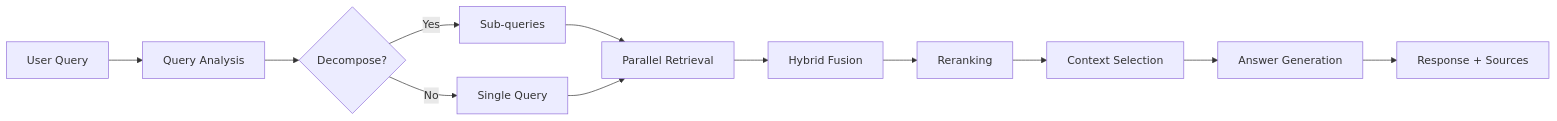
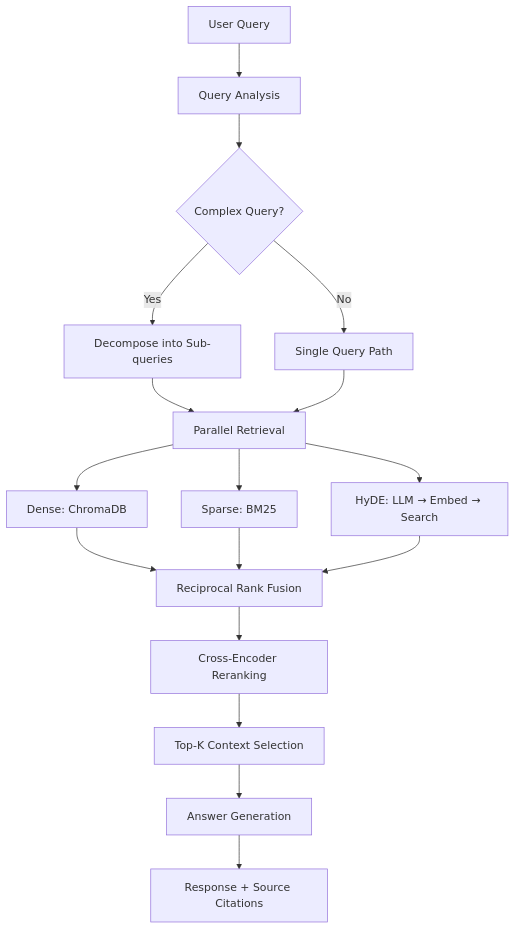
The diagram in docs/HLD.md (pankajshakya627/modular-rag-ollama), drawn with Mermaid before and after one commit. The commit also changed other lines of this file, not shown here.

````diff
--- a/docs/HLD.md
+++ b/docs/HLD.md
@@ -170,14 +316,24 @@
 ```mermaid
-flowchart LR
+flowchart TD
     A[User Query] --> B[Query Analysis]
-    B --> C{Decompose?}
-    C -->|Yes| D[Sub-queries]
-    C -->|No| E[Single Query]
+    B --> C{Complex Query?}
+
+    C -->|Yes| D[Decompose into Sub-queries]
+    C -->|No| E[Single Query Path]
+
     D --> F[Parallel Retrieval]
     E --> F
-    F --> G[Hybrid Fusion]
-    G --> H[Reranking]
-    H --> I[Context Selection]
-    I --> J[Answer Generation]
-    J --> K[Response + Sources]
+
+    F --> G[Dense: ChromaDB]
+    F --> H[Sparse: BM25]
+    F --> I[HyDE: LLM → Embed → Search]
+
+    G --> J[Reciprocal Rank Fusion]
+    H --> J
+    I --> J
+
+    J --> K[Cross-Encoder Reranking]
+    K --> L[Top-K Context Selection]
+    L --> M[Answer Generation]
+    M --> N[Response + Source Citations]
 ```
````
